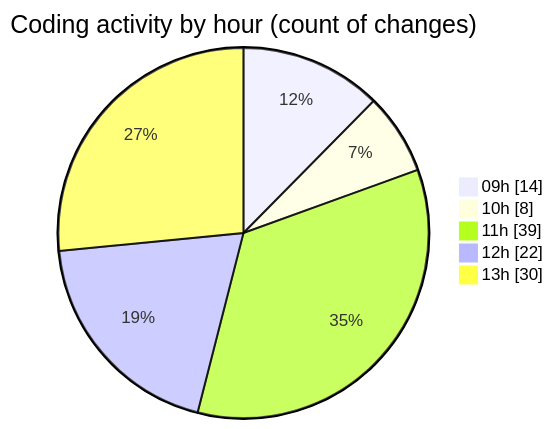
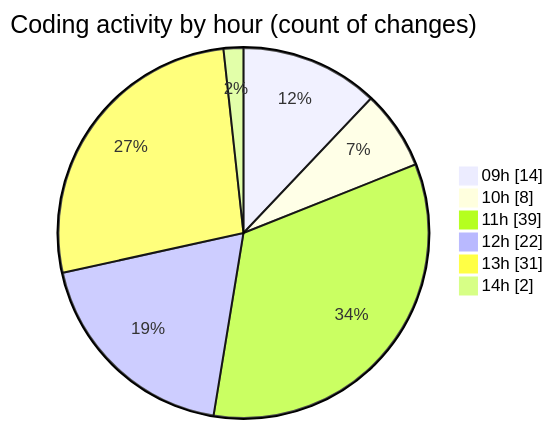
One commit to momahboobian/code-tracking changed the second of 2 diagrams in 2025-02-07/cda/README.md. Above: the diagram before and after it, drawn with Mermaid. The commit also changed other lines of this file and 1 other file, not shown here.

````diff
--- a/2025-02-07/cda/README.md
+++ b/2025-02-07/cda/README.md
@@ -61,9 +61,10 @@
 ```mermaid
 pie showData
 title Coding activity by hour (count of changes)
 "09h" : 14
 "10h" : 8
 "11h" : 39
 "12h" : 22
-"13h" : 30
+"13h" : 31
+"14h" : 2
 ```
````
